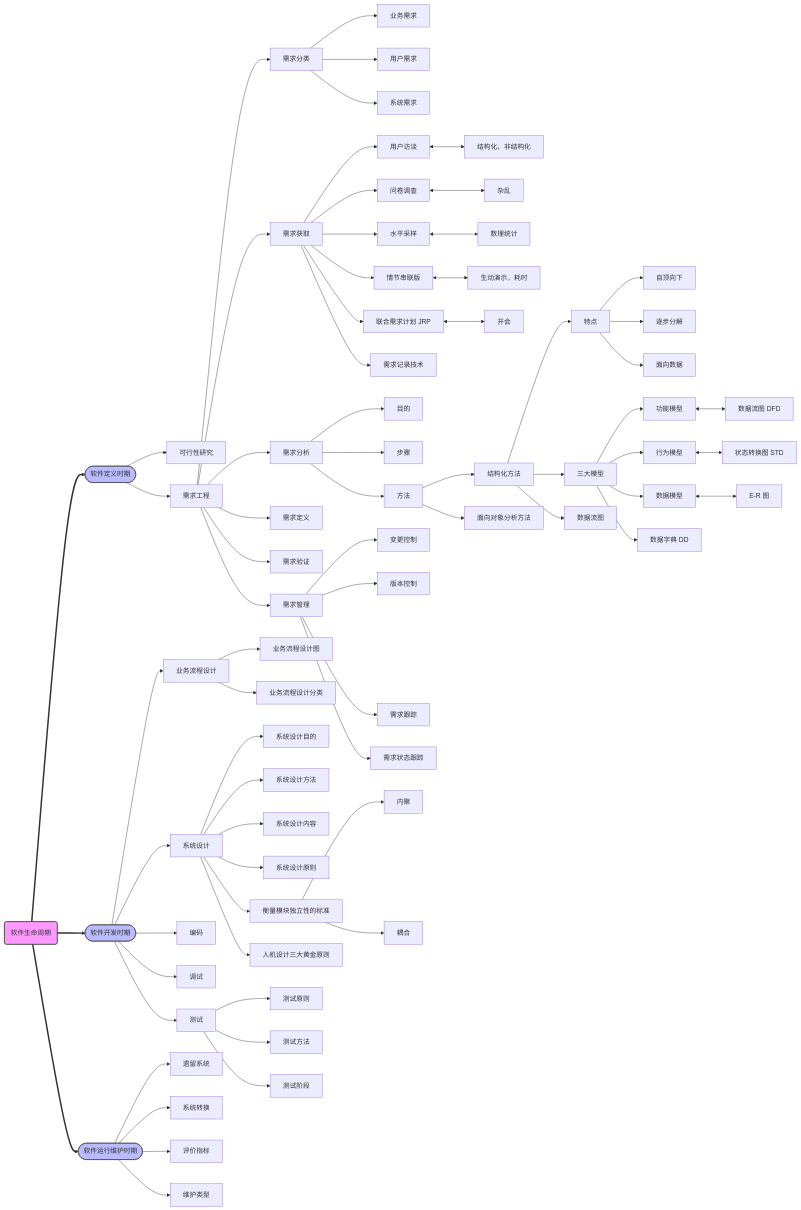
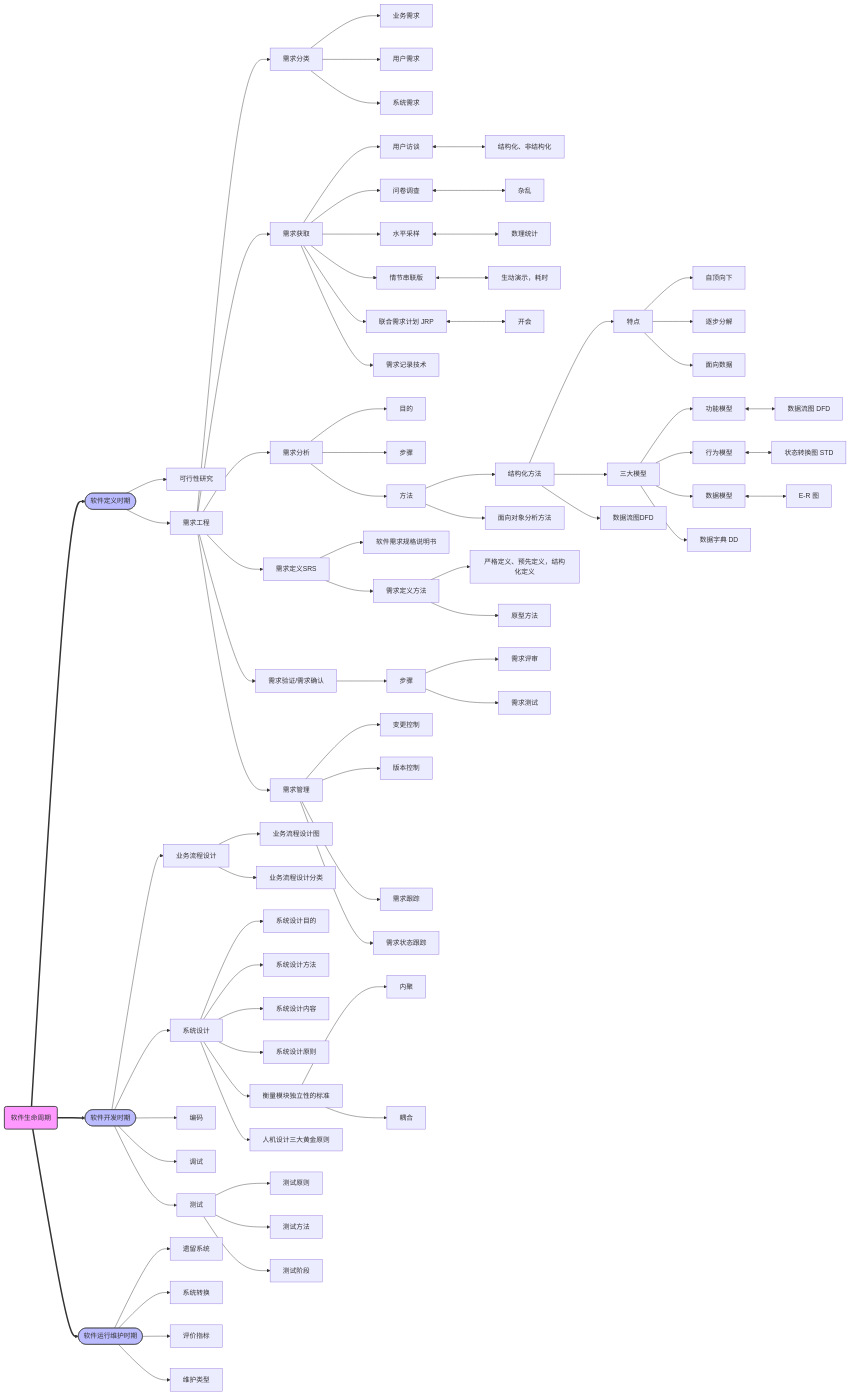
One commit to Rtoax/test-linux changed the third of 7 diagrams in Documentation/ruankao/software-engineering.rst. Above: the diagram before and after it, drawn with Mermaid. The commit also changed 1 other file, not shown here.

Commit message:
Doc: ruankao: update software-engineering.rst
Vers: Ubuntu 25.10, Linux 6.17.0-19-generic, LaTeXmk 4.87, Sphinx 8.2.3, Python 3.13.7

```diff
--- a/Documentation/ruankao/software-engineering.rst
+++ b/Documentation/ruankao/software-engineering.rst
@@ -168,9 +168,9 @@
         ReqsEngineering --> ReqsClassification[需求分类]
         ReqsEngineering --> ReqsGathering[需求获取]
         ReqsEngineering --> ReqsAnalysis[需求分析]
-        ReqsEngineering --> ReqsEngineering4[需求定义]
-        ReqsEngineering --> ReqsEngineering5[需求验证]
-        ReqsEngineering --> ReqsEngineering6[需求管理]
+        ReqsEngineering --> ReqsDefinition[需求定义SRS]
+        ReqsEngineering --> ReqsVerification[需求验证/需求确认]
+        ReqsEngineering --> ReqsManage[需求管理]
 
         ReqsClassification --> ReqsClassification1[业务需求]
         ReqsClassification --> ReqsClassification2[用户需求]
@@ -192,7 +192,7 @@
 
         StructuredMethod --> StructuredMethod1[特点]
         StructuredMethod --> StructuredMethod2[三大模型]
-        StructuredMethod --> StructuredMethod3[数据流图]
+        StructuredMethod --> StructuredMethod3[数据流图DFD]
 
         StructuredMethod1 --> StructuredMethod11[自顶向下]
         StructuredMethod1 --> StructuredMethod12[逐步分解]
@@ -203,10 +203,21 @@
         StructuredMethod2 --> StructuredMethod23[数据模型] <--> StructuredMethod23x[E-R 图]
         StructuredMethod2 --> StructuredMethod24[数据字典 DD]
 
-        ReqsEngineering6 --> ReqsEngineering61[变更控制]
-        ReqsEngineering6 --> ReqsEngineering62[版本控制]
-        ReqsEngineering6 --> ReqsEngineering63[需求跟踪]
-        ReqsEngineering6 --> ReqsEngineering64[需求状态跟踪]
+        ReqsDefinition --> SRS[软件需求规格说明书]
+        ReqsDefinition --> ReqsDefinitionMethod[需求定义方法]
+
+        ReqsDefinitionMethod --> ReqsDefinitionMethod1[严格定义、预先定义，结构化定义]
+        ReqsDefinitionMethod --> ReqsDefinitionMethod2[原型方法]
+
+        ReqsVerification --> ReqsVerificationProcedure[步骤]
+
+        ReqsVerificationProcedure --> ReqsVerificationProcedure1[需求评审]
+        ReqsVerificationProcedure --> ReqsVerificationProcedure2[需求测试]
+
+        ReqsManage --> ReqsManage1[变更控制]
+        ReqsManage --> ReqsManage2[版本控制]
+        ReqsManage --> ReqsManage3[需求跟踪]
+        ReqsManage --> ReqsManage4[需求状态跟踪]
 
         devel --> devel1[业务流程设计]
         devel --> devel2[系统设计]
```
